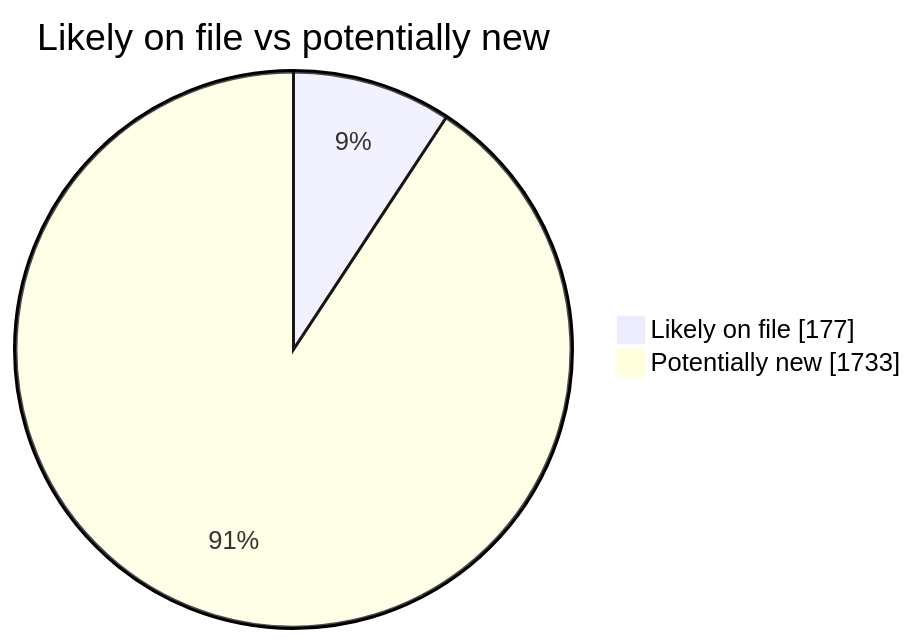
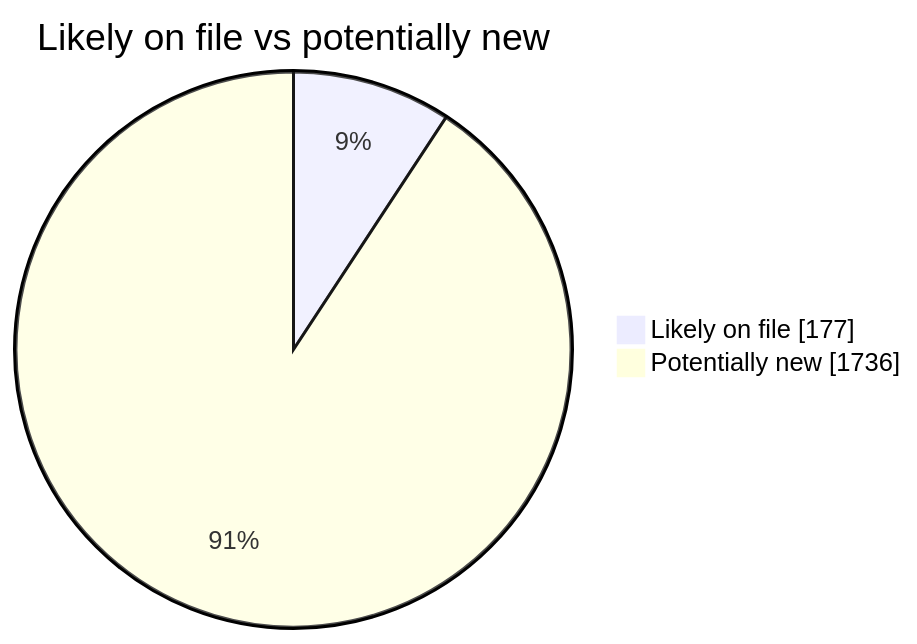
Before and after one commit to martinbalfanz/social-scanner-reports: the second of 4 diagrams in README.md, drawn with Mermaid. The commit also changed other lines of this file and 4 other files, not shown here.

````diff
--- a/README.md
+++ b/README.md
@@ -40,5 +40,5 @@
 ```mermaid
 pie showData title Likely on file vs potentially new
     "Likely on file" : 177
-    "Potentially new" : 1733
+    "Potentially new" : 1736
 ```
````
